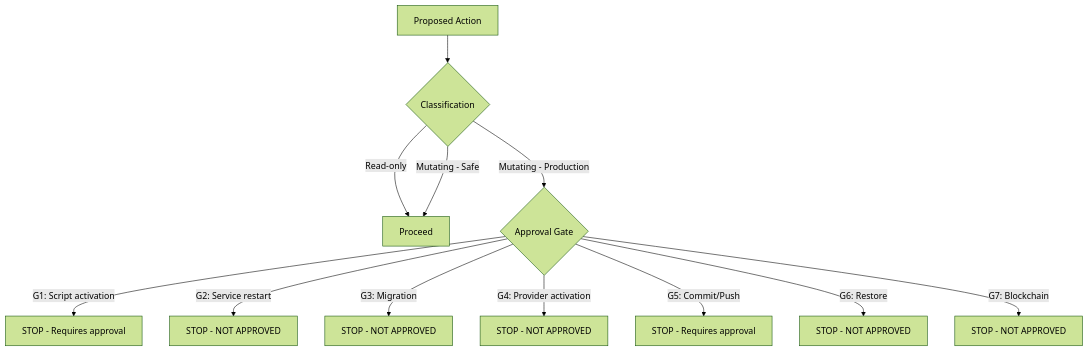
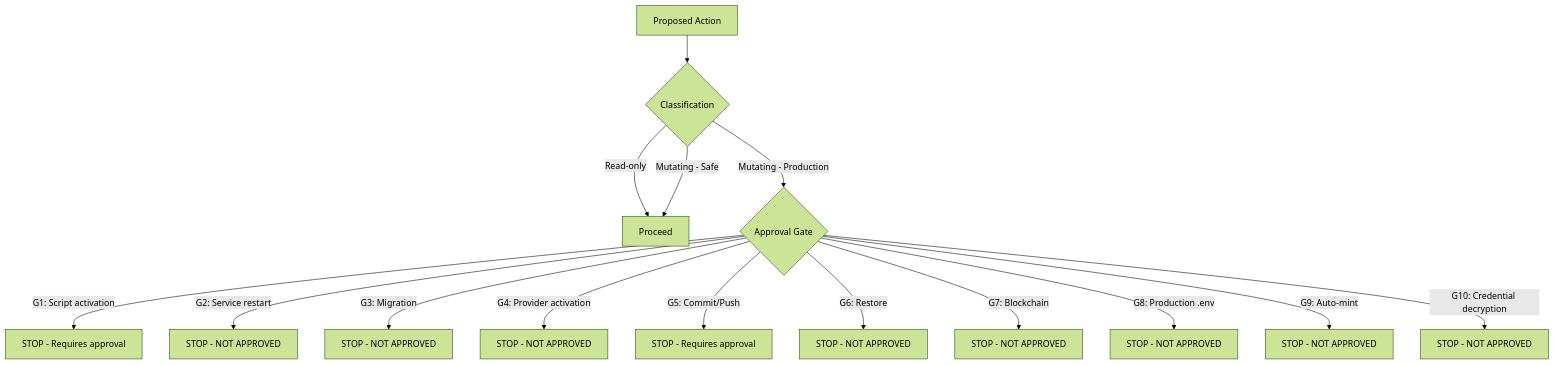
One commit to SM-Web-Systems/lms-crypto-production changed the diagram in docs/superpowers/diagrams/2026-08-25-approval-gates.md. Above: the diagram before and after it, drawn with Mermaid (forest theme). The commit also changed 8 other files, not shown here.

````diff
--- a/docs/superpowers/diagrams/2026-08-25-approval-gates.md
+++ b/docs/superpowers/diagrams/2026-08-25-approval-gates.md
@@ -3,14 +3,17 @@
 ```mermaid
 flowchart TD
     ACTION[Proposed Action] --> CLASS{Classification}
     CLASS -->|Read-only| ALLOW[Proceed]
     CLASS -->|Mutating - Safe| ALLOW
     CLASS -->|Mutating - Production| GATE{Approval Gate}
     GATE -->|G1: Script activation| STOP1[STOP - Requires approval]
     GATE -->|G2: Service restart| STOP2[STOP - NOT APPROVED]
     GATE -->|G3: Migration| STOP3[STOP - NOT APPROVED]
     GATE -->|G4: Provider activation| STOP4[STOP - NOT APPROVED]
     GATE -->|G5: Commit/Push| STOP5[STOP - Requires approval]
     GATE -->|G6: Restore| STOP6[STOP - NOT APPROVED]
     GATE -->|G7: Blockchain| STOP7[STOP - NOT APPROVED]
+    GATE -->|G8: Production .env| STOP8[STOP - NOT APPROVED]
+    GATE -->|G9: Auto-mint| STOP9[STOP - NOT APPROVED]
+    GATE -->|G10: Credential decryption| STOP10[STOP - NOT APPROVED]
 ```
````
